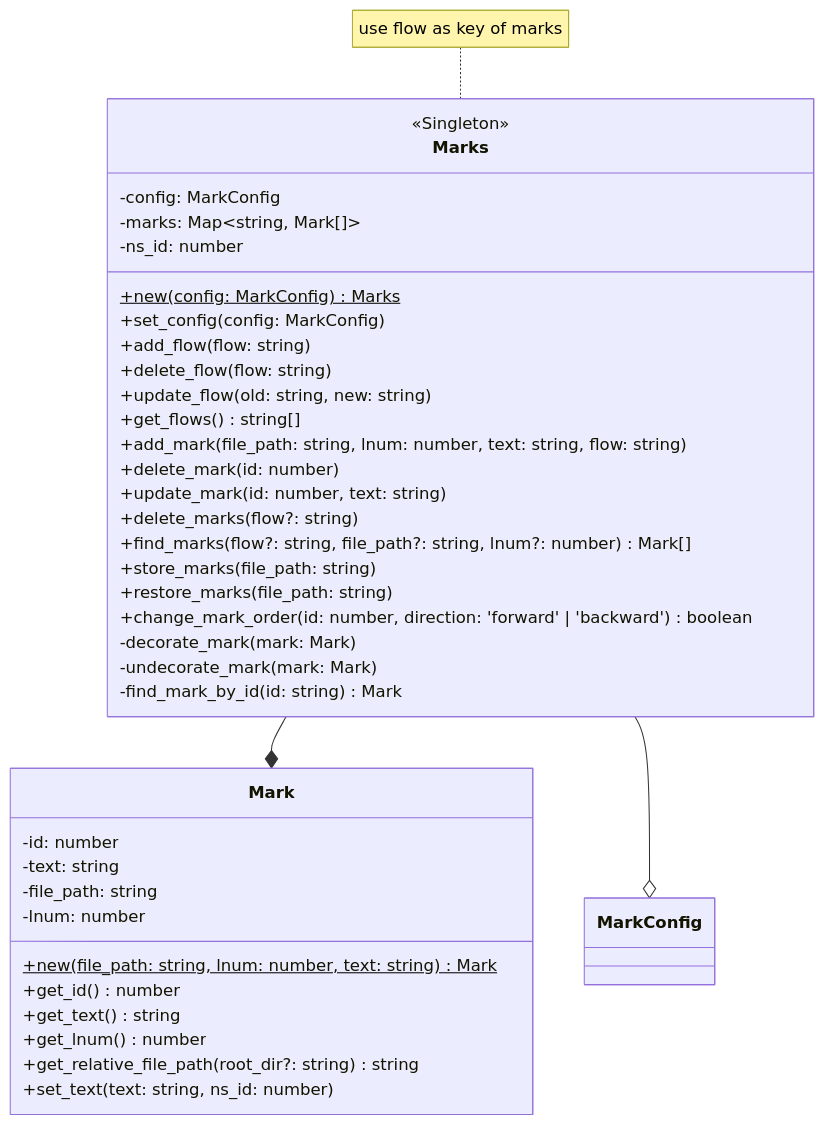
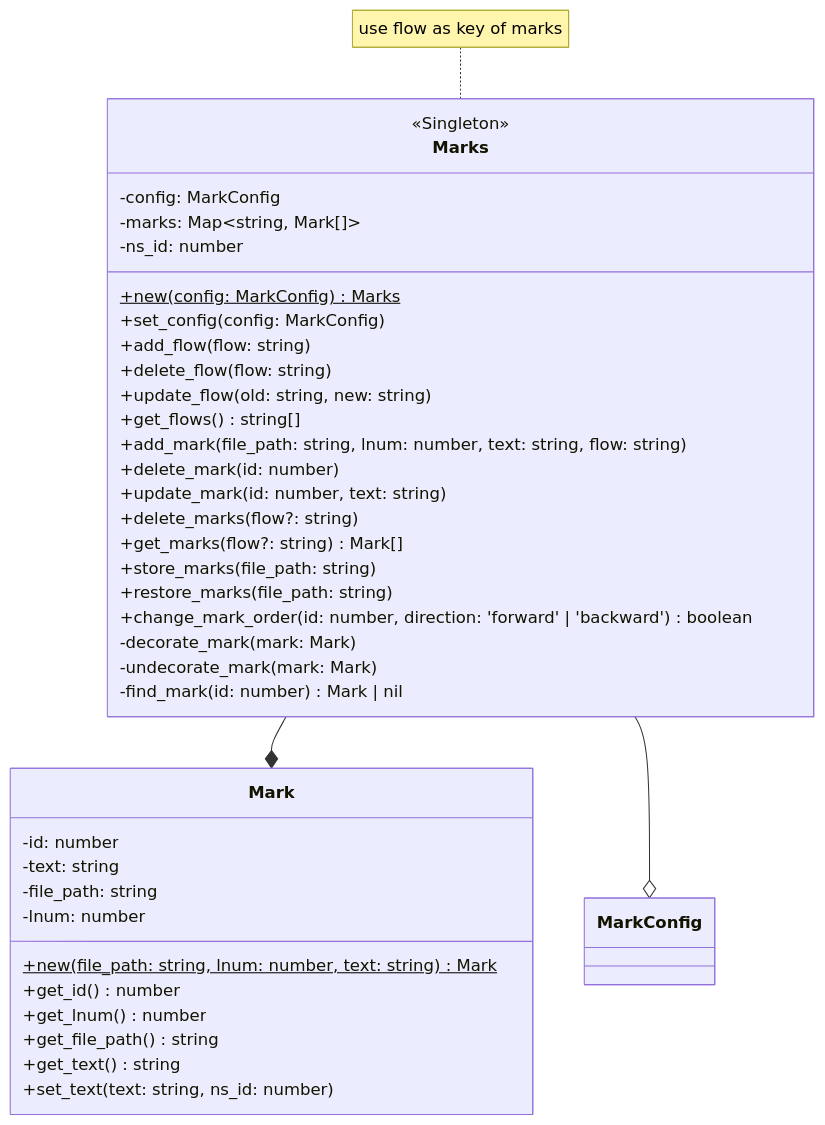
The third of 16 diagrams in DESIGN.md (niuiic/track.nvim), drawn with Mermaid before and after one commit. The commit also changed other lines of this file and 4 other files, not shown here.

````diff
--- a/DESIGN.md
+++ b/DESIGN.md
@@ -74,49 +74,49 @@
 ```mermaid
 classDiagram
     note for Marks "use flow as key of marks"
     Marks --* Mark
     Marks --o MarkConfig
     class Marks {
         <<Singleton>>
 
         -config: MarkConfig
         -marks: Map~string, Mark[]~
         -ns_id: number
 
         %% new
         +new(config: MarkConfig)$ Marks
         %% config
         +set_config(config: MarkConfig)
         %% flow
         +add_flow(flow: string)
         +delete_flow(flow: string)
         +update_flow(old: string, new: string)
         +get_flows() string[]
         %% mark
         +add_mark(file_path: string, lnum: number, text: string, flow: string)
         +delete_mark(id: number)
         +update_mark(id: number, text: string)
         +delete_marks(flow?: string)
-        +find_marks(flow?: string, file_path?: string, lnum?: number) Mark[]
+        +get_marks(flow?: string) Mark[]
         +store_marks(file_path: string)
         +restore_marks(file_path: string)
         +change_mark_order(id: number, direction: 'forward' | 'backward') boolean
         -decorate_mark(mark: Mark)
         -undecorate_mark(mark: Mark)
-        -find_mark_by_id(id: string) Mark
+        -find_mark(id: number) Mark | nil
     }
 
     class Mark {
         -id: number
         -text: string
         -file_path: string
         -lnum: number
 
         +new(file_path: string, lnum: number, text: string)$ Mark
         +get_id() number
+        +get_lnum() number
+        +get_file_path() string
         +get_text() string
-        +get_lnum() number
-        +get_relative_file_path(root_dir?: string) string
         +set_text(text: string, ns_id: number)
     }
 ```
````
